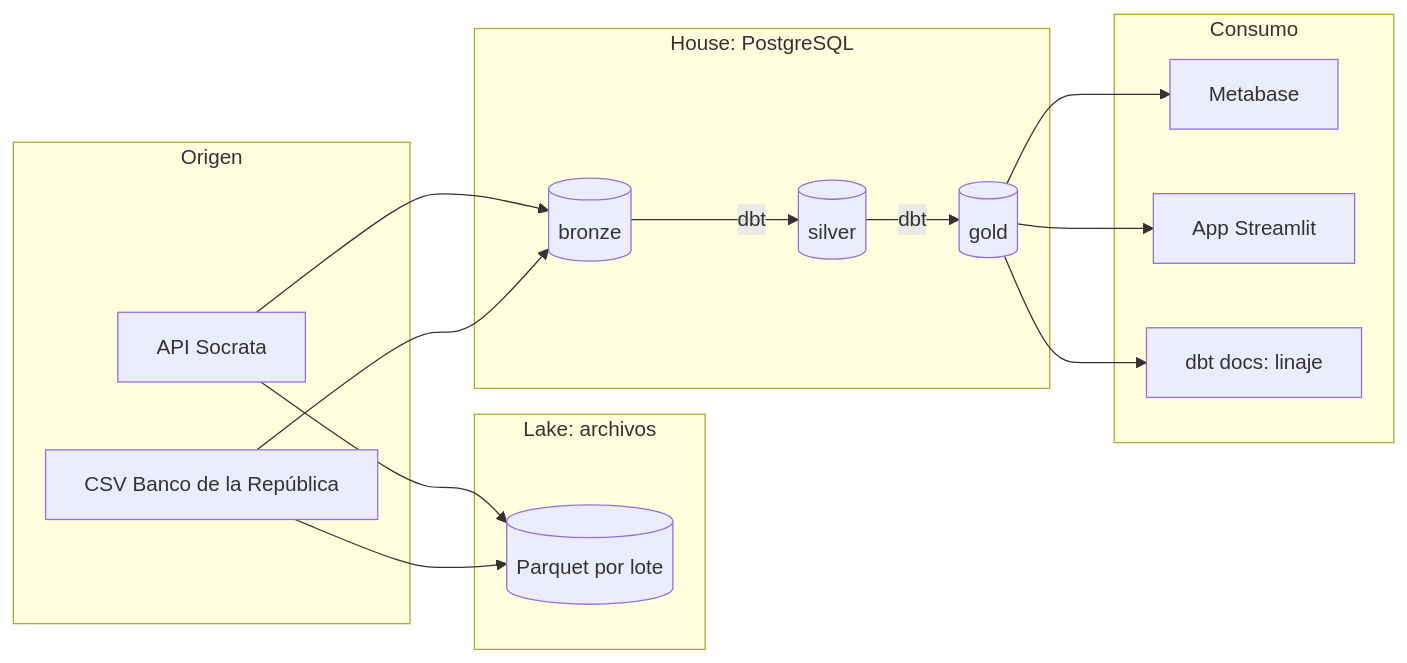
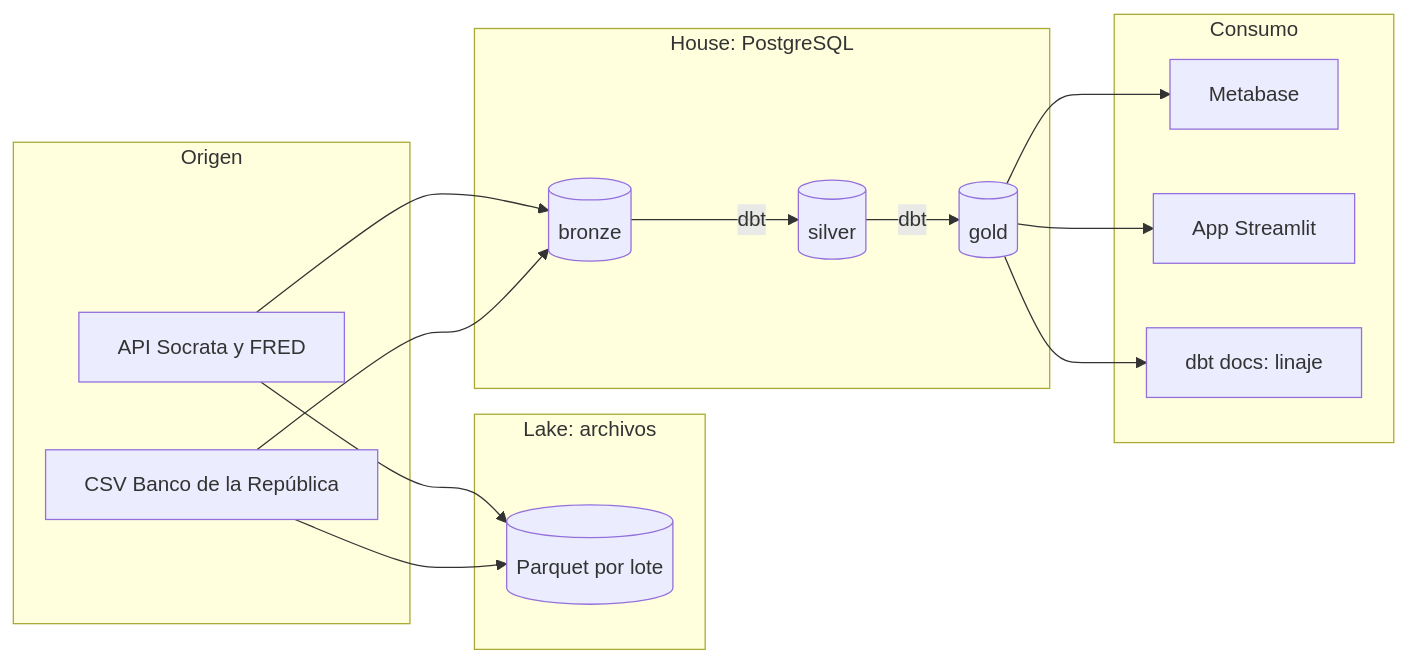
The second of 3 diagrams in docs/diseno/arquitectura.md (DavidRestrepo66/finco_datalake_david), drawn with Mermaid before and after one commit. The commit also changed other lines of this file and 10 other files, not shown here.

````diff
--- a/docs/diseno/arquitectura.md
+++ b/docs/diseno/arquitectura.md
@@ -43,28 +45,28 @@
 ```mermaid
 flowchart LR
     subgraph Origen
-        A1[API Socrata]
+        A1[API Socrata y FRED]
         A2[CSV Banco de la República]
     end
     subgraph Lake[Lake: archivos]
         B1[(Parquet por lote)]
     end
     subgraph House[House: PostgreSQL]
         B2[(bronze)]
         C[(silver)]
         D[(gold)]
     end
     subgraph Consumo
         E[Metabase]
         F[App Streamlit]
         G[dbt docs: linaje]
     end
     A1 --> B1
     A2 --> B1
     A1 --> B2
     A2 --> B2
     B2 -- dbt --> C -- dbt --> D
     D --> E
     D --> F
     D --> G
 ```
````
